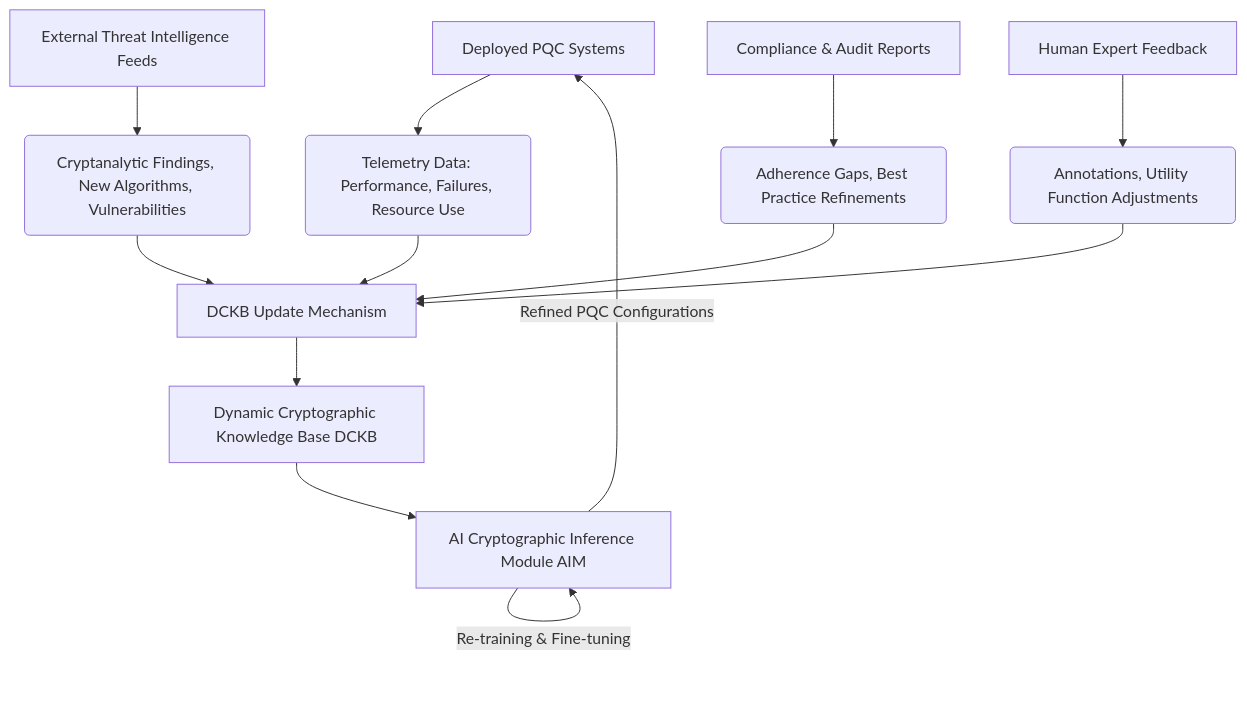
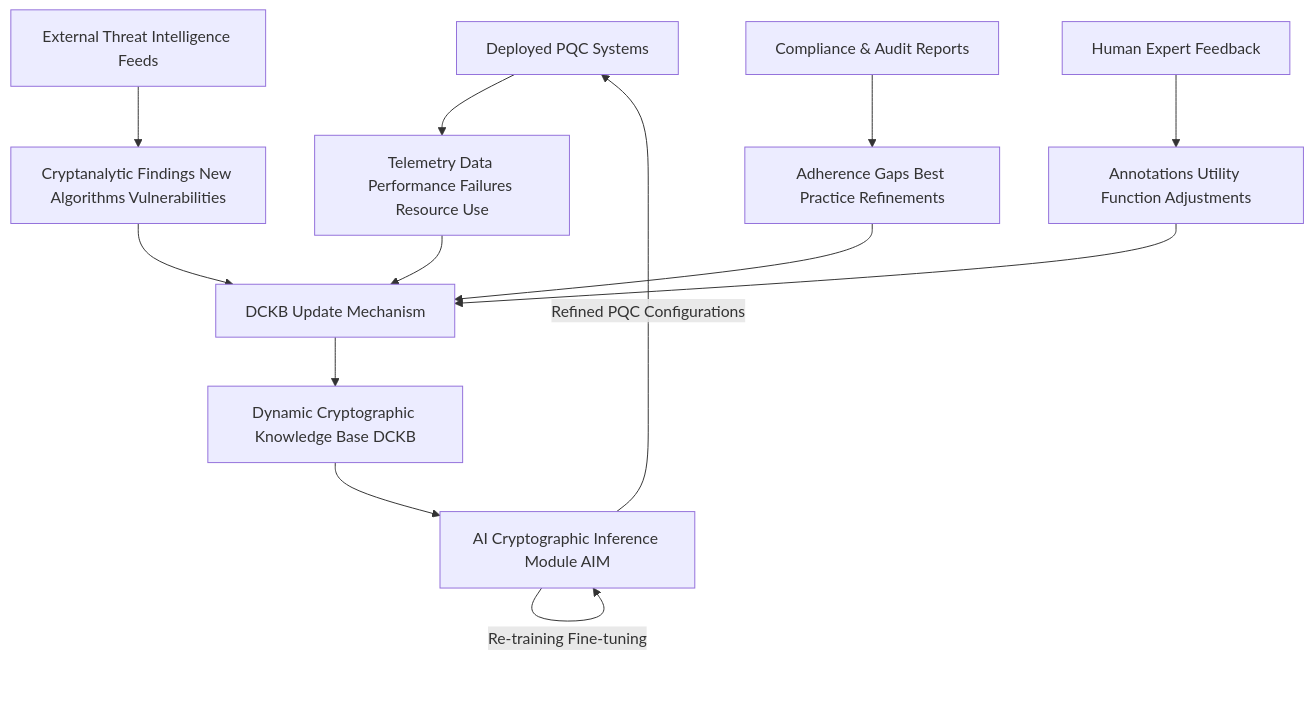
One commit to diplomat-bit/Citibank_Demo_Business_Inc_Demonstration- changed the fourth of 5 diagrams in inventions/013_post_quantum_cryptography_generation.md. Above: the diagram before and after it, drawn with Mermaid. The commit also changed other lines of this file, not shown here.

````diff
--- a/inventions/013_post_quantum_cryptography_generation.md
+++ b/inventions/013_post_quantum_cryptography_generation.md
@@ -300,17 +343,17 @@
 ```mermaid
 graph TD
-    A[Deployed PQC Systems] --> B(Telemetry Data: Performance, Failures, Resource Use)
-    C[External Threat Intelligence Feeds] --> D(Cryptanalytic Findings, New Algorithms, Vulnerabilities)
-    E[Compliance & Audit Reports] --> F(Adherence Gaps, Best Practice Refinements)
-    G[Human Expert Feedback] --> H(Annotations, Utility Function Adjustments)
+    A[Deployed PQC Systems] --> B[Telemetry Data Performance Failures Resource Use]
+    C[External Threat Intelligence Feeds] --> D[Cryptanalytic Findings New Algorithms Vulnerabilities]
+    E[Compliance & Audit Reports] --> F[Adherence Gaps Best Practice Refinements]
+    G[Human Expert Feedback] --> H[Annotations Utility Function Adjustments]
 
     B --> J[DCKB Update Mechanism]
     D --> J
     F --> J
     H --> J
 
     J --> K[Dynamic Cryptographic Knowledge Base DCKB]
     K --> L[AI Cryptographic Inference Module AIM]
     L -- "Refined PQC Configurations" --> A
-    L -- "Re-training & Fine-tuning" --> L
+    L -- "Re-training Fine-tuning" --> L
 ```
````
